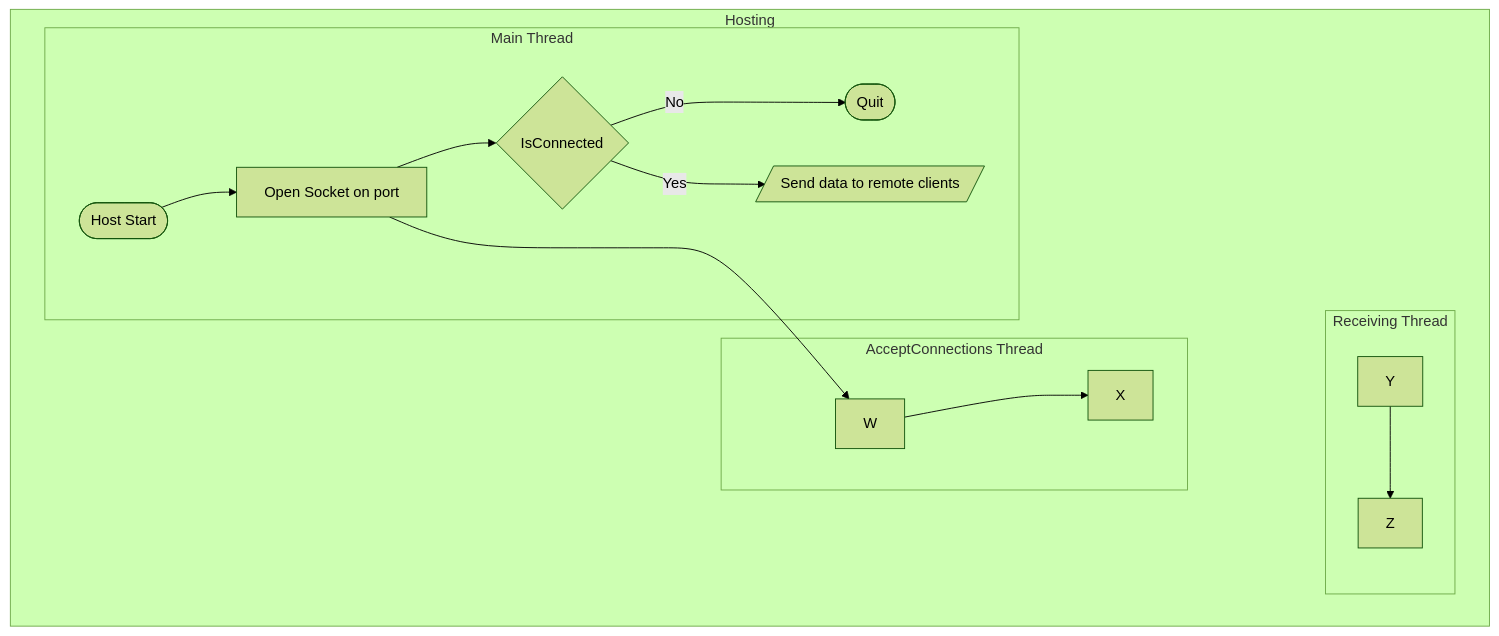
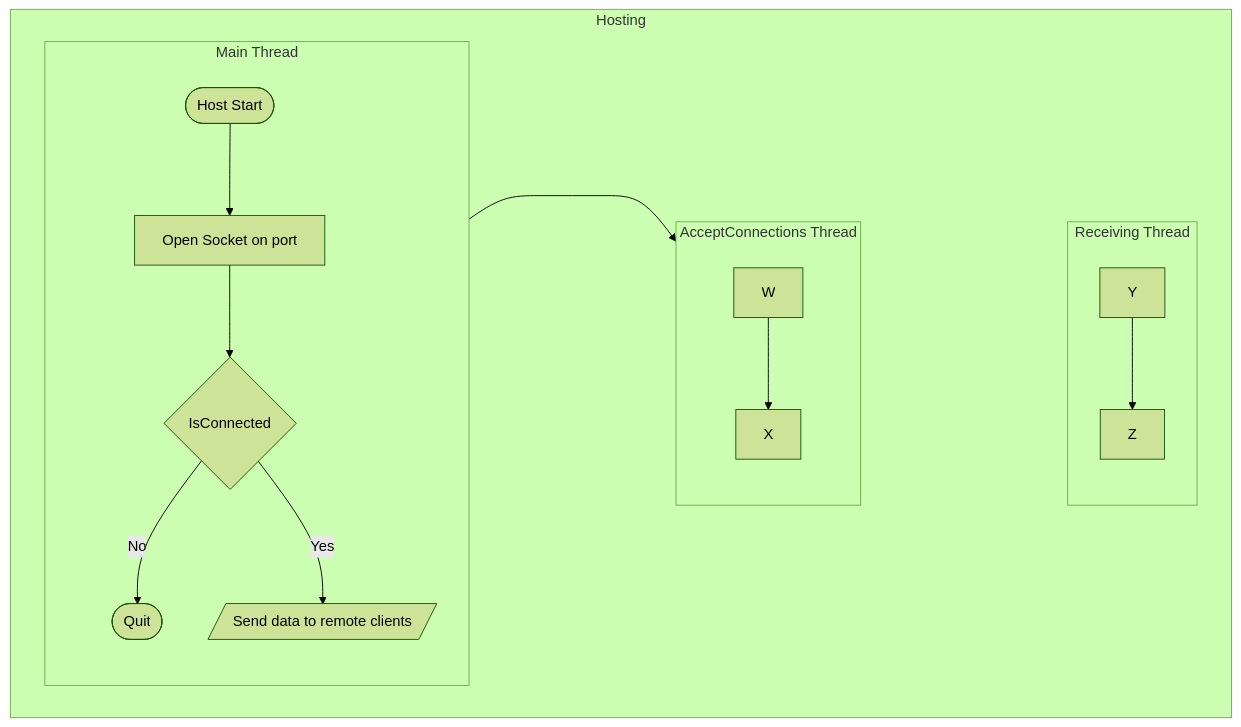
Before and after one commit to GMcMichael/ThornNetworking: the diagram in README.md, drawn with Mermaid (forest theme).

````diff
--- a/README.md
+++ b/README.md
@@ -1,20 +1,23 @@
 ```mermaid
 flowchart LR
-  subgraph Hosting
-    direction LR
-    mt ~~~~~ act ~~~~~ rt
-    subgraph mt [Main Thread]
-      A([Host Start])-->B[Open Socket on port]
-      B-->D{IsConnected}
-      D-- No -->E([Quit])
-      D-- Yes -->F[/Send data to remote clients/]
-    end
-    subgraph act [AcceptConnections Thread]
-      B-->W
-      W-->X
-    end
-    subgraph rt [Receiving Thread]
-      Y-->Z
-    end
-  end
+    subgraph Hosting
+        direction LR
+        mt ~~~~~ act ~~~~~ rt
+        subgraph mt [Main Thread]
+            direction TB
+            A([Host Start])-->B[Open Socket on port]
+            B-->D{IsConnected}
+            D-- No -->E([Quit])
+            D-- Yes -->F[/Send data to remote clients/]
+        end
+        subgraph act [AcceptConnections Thread]
+            direction TB
+            B-->W
+            W-->X
+        end
+        subgraph rt [Receiving Thread]
+            direction TB
+            Y-->Z
+        end
+    end
 ```
````
